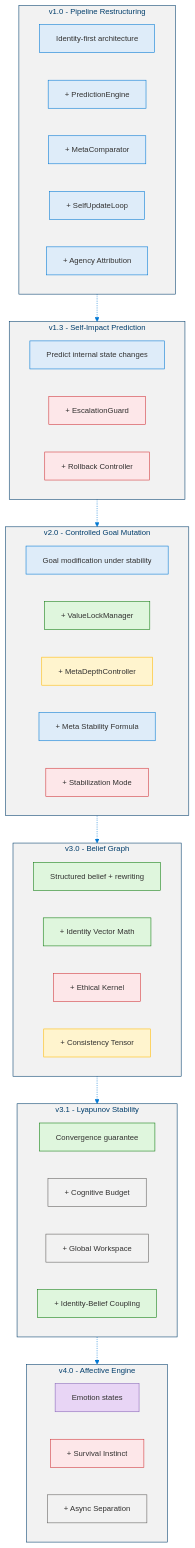
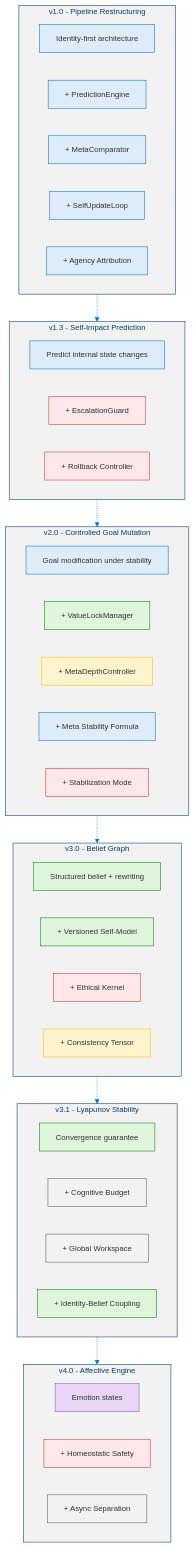
The first of 5 diagrams in docs/MSCP_Overview.md (dotnetpower/mscp), drawn with Mermaid before and after one commit. The commit also changed other lines of this file and 21 other files, not shown here.

````diff
--- a/docs/MSCP_Overview.md
+++ b/docs/MSCP_Overview.md
@@ -210,61 +210,61 @@
 ```mermaid
 %%{init: {'theme': 'base', 'themeVariables': {'primaryColor': '#0078D4', 'primaryTextColor': '#003D6B', 'primaryBorderColor': '#003D6B', 'secondaryColor': '#50E6FF', 'secondaryTextColor': '#323130', 'secondaryBorderColor': '#00BCF2', 'tertiaryColor': '#F2F2F2', 'tertiaryTextColor': '#323130', 'lineColor': '#0078D4', 'textColor': '#323130', 'mainBkg': '#DEECF9', 'nodeBorder': '#0078D4', 'clusterBkg': '#F2F2F2', 'clusterBorder': '#003D6B', 'titleColor': '#003D6B', 'edgeLabelBackground': '#FFFFFF', 'fontSize': '14px'}}}%%
 flowchart TD
   classDef ver fill:#DEECF9,stroke:#0078D4,color:#323130
   classDef feat fill:#DEECF9,stroke:#0078D4,color:#323130
   classDef safety fill:#FDE7E9,stroke:#D13438,color:#323130
   classDef green fill:#DFF6DD,stroke:#107C10,color:#323130
   classDef meta fill:#FFF4CE,stroke:#FFB900,color:#323130
   classDef infra fill:#F2F2F2,stroke:#605E5C,color:#323130
   classDef purple fill:#E8D5F5,stroke:#8764B8,color:#323130
 
   subgraph V10["v1.0 - Pipeline Restructuring"]
     direction LR
     V10H["Identity-first architecture"]:::feat
     V10A["+ PredictionEngine"]:::feat
     V10B["+ MetaComparator"]:::feat
     V10C["+ SelfUpdateLoop"]:::feat
     V10D["+ Agency Attribution"]:::feat
   end
 
   subgraph V13["v1.3 - Self-Impact Prediction"]
     direction LR
     V13H["Predict internal state changes"]:::feat
     V13A["+ EscalationGuard"]:::safety
     V13B["+ Rollback Controller"]:::safety
   end
 
   subgraph V20["v2.0 - Controlled Goal Mutation"]
     direction LR
     V20H["Goal modification under stability"]:::feat
     V20A["+ ValueLockManager"]:::green
     V20B["+ MetaDepthController"]:::meta
     V20C["+ Meta Stability Formula"]:::feat
     V20D["+ Stabilization Mode"]:::safety
   end
 
   subgraph V30["v3.0 - Belief Graph"]
     direction LR
     V30H["Structured belief + rewriting"]:::green
-    V30A["+ Identity Vector Math"]:::green
+    V30A["+ Versioned Self-Model"]:::green
     V30B["+ Ethical Kernel"]:::safety
     V30C["+ Consistency Tensor"]:::meta
   end
 
   subgraph V31["v3.1 - Lyapunov Stability"]
     direction LR
     V31H["Convergence guarantee"]:::green
     V31A["+ Cognitive Budget"]:::infra
     V31B["+ Global Workspace"]:::infra
     V31C["+ Identity-Belief Coupling"]:::green
   end
 
   subgraph V40["v4.0 - Affective Engine"]
     direction LR
     V40H["Emotion states"]:::purple
-    V40A["+ Survival Instinct"]:::safety
+    V40A["+ Homeostatic Safety"]:::safety
     V40B["+ Async Separation"]:::infra
   end
 
   V10 -.-> V13 -.-> V20 -.-> V30 -.-> V31 -.-> V40
 ```
````
